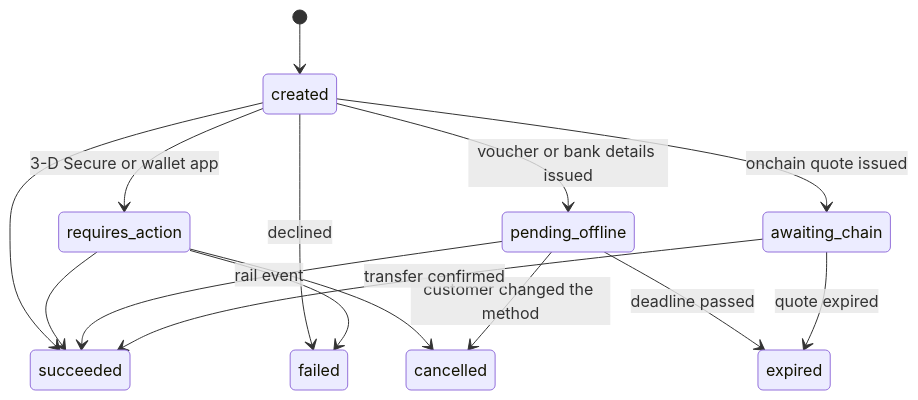
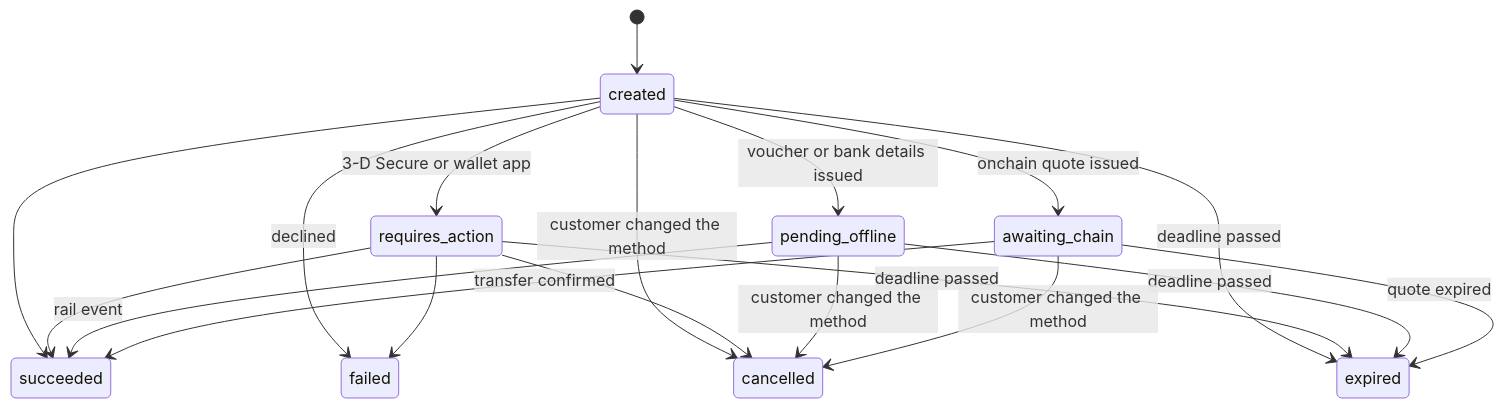
Before and after one commit to seams-tech/seams-wallet: the third of 4 diagrams in docs/refactor-250-seams-checkout.md, drawn with Mermaid. The commit also changed other lines of this file and 39 other files, not shown here.

````diff
--- a/docs/refactor-250-seams-checkout.md
+++ b/docs/refactor-250-seams-checkout.md
@@ -1009,17 +1020,21 @@
 ```mermaid
 stateDiagram-v2
     [*] --> created
     created --> requires_action: 3-D Secure or wallet app
     created --> pending_offline: voucher or bank details issued
     created --> awaiting_chain: onchain quote issued
     created --> succeeded
     created --> failed: declined
+    created --> cancelled: customer changed the method
+    created --> expired: deadline passed
     requires_action --> succeeded
     requires_action --> failed
     requires_action --> cancelled
+    requires_action --> expired: deadline passed
     pending_offline --> succeeded: rail event
     pending_offline --> cancelled: customer changed the method
     pending_offline --> expired: deadline passed
     awaiting_chain --> succeeded: transfer confirmed
+    awaiting_chain --> cancelled: customer changed the method
     awaiting_chain --> expired: quote expired
 ```
````
